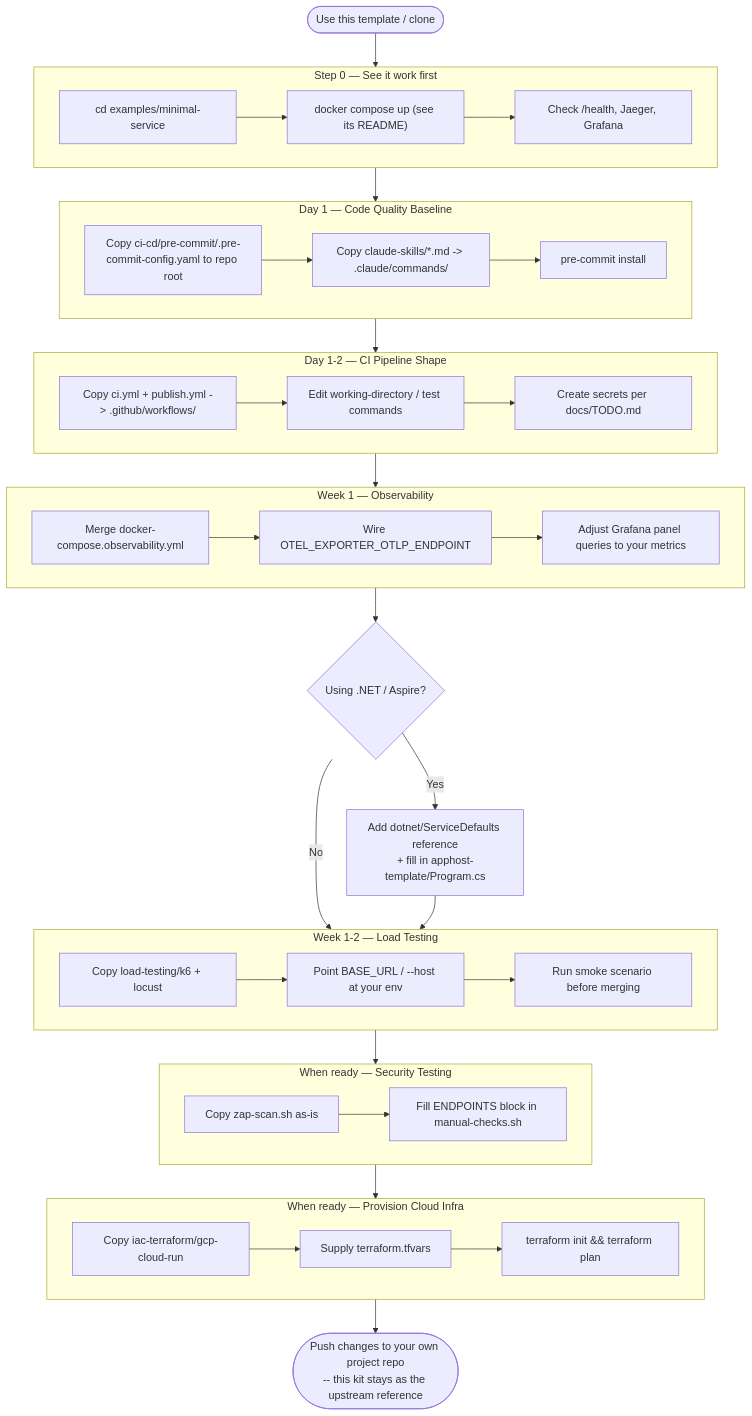
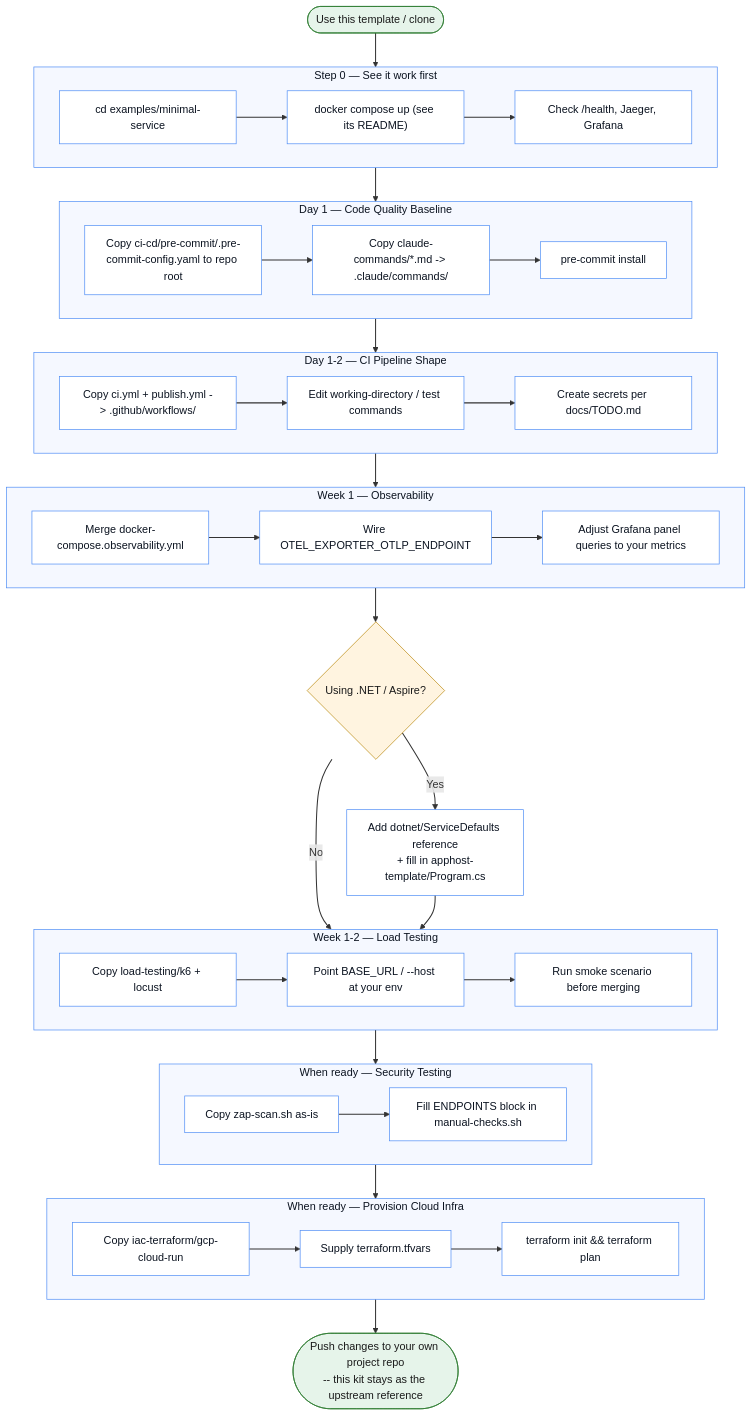
Before and after one commit to jaricsng/platform-starter-kit: the diagram in docs/GETTING-STARTED.md, drawn with Mermaid. The commit also changed other lines of this file and 52 other files, not shown here.

````diff
--- a/docs/GETTING-STARTED.md
+++ b/docs/GETTING-STARTED.md
@@ -19,7 +19,7 @@
 
     subgraph day1["Day 1 — Code Quality Baseline"]
         d1a["Copy ci-cd/pre-commit/.pre-commit-config.yaml to repo root"]
-        d1b["Copy claude-skills/*.md -> .claude/commands/"]
+        d1b["Copy claude-commands/*.md -> .claude/commands/"]
         d1c["pre-commit install"]
         d1a --> d1b --> d1c
     end
@@ -72,4 +72,21 @@
     end
 
     iacStep --> done(["Push changes to your own project repo\n-- this kit stays as the upstream reference"])
+
+    classDef terminal fill:#e6f4ea,stroke:#2e7d32,color:#1a1a1a,stroke-width:1px;
+    classDef step fill:#ffffff,stroke:#4c8bf5,color:#0b1320,stroke-width:1px;
+    classDef decision fill:#fff4e0,stroke:#b8860b,color:#1a1a1a,stroke-width:1px;
+    class start,done terminal;
+    class t1,t2,t3,d1a,d1b,d1c,c1,c2,c3,o1,o2,o3,aspireStep,l1,l2,l3,s1,s2,i1,i2,i3 step;
+    class aspireCheck decision;
+
+    style tryit fill:#f5f8ff,stroke:#4c8bf5,color:#0b1320
+    style day1 fill:#f5f8ff,stroke:#4c8bf5,color:#0b1320
+    style ci fill:#f5f8ff,stroke:#4c8bf5,color:#0b1320
+    style obsStep fill:#f5f8ff,stroke:#4c8bf5,color:#0b1320
+    style loadStep fill:#f5f8ff,stroke:#4c8bf5,color:#0b1320
+    style secStep fill:#f5f8ff,stroke:#4c8bf5,color:#0b1320
+    style iacStep fill:#f5f8ff,stroke:#4c8bf5,color:#0b1320
+
+    linkStyle default stroke:#333333,stroke-width:1.5px;
 ```
````
